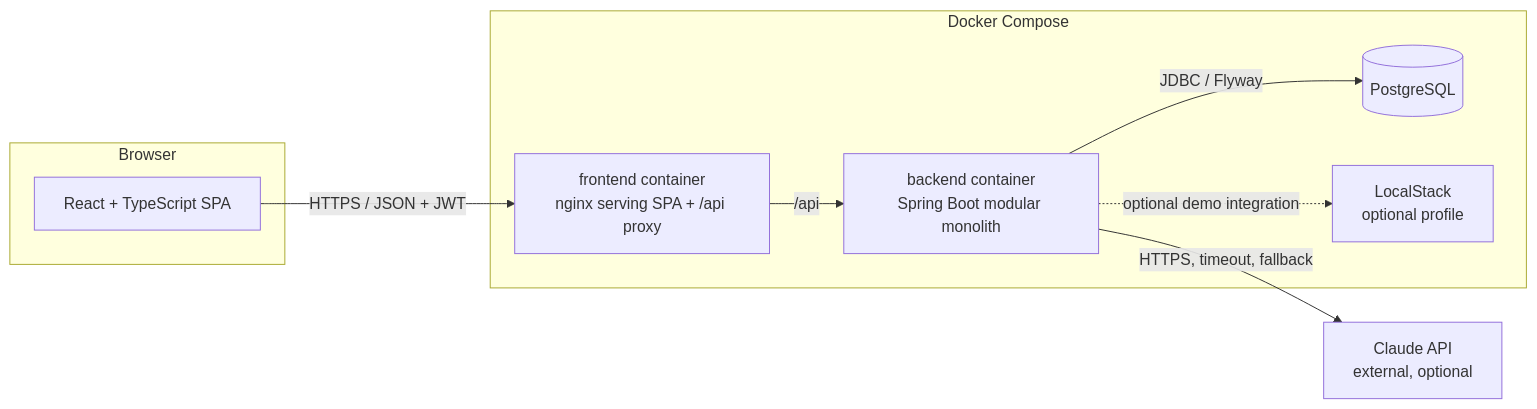
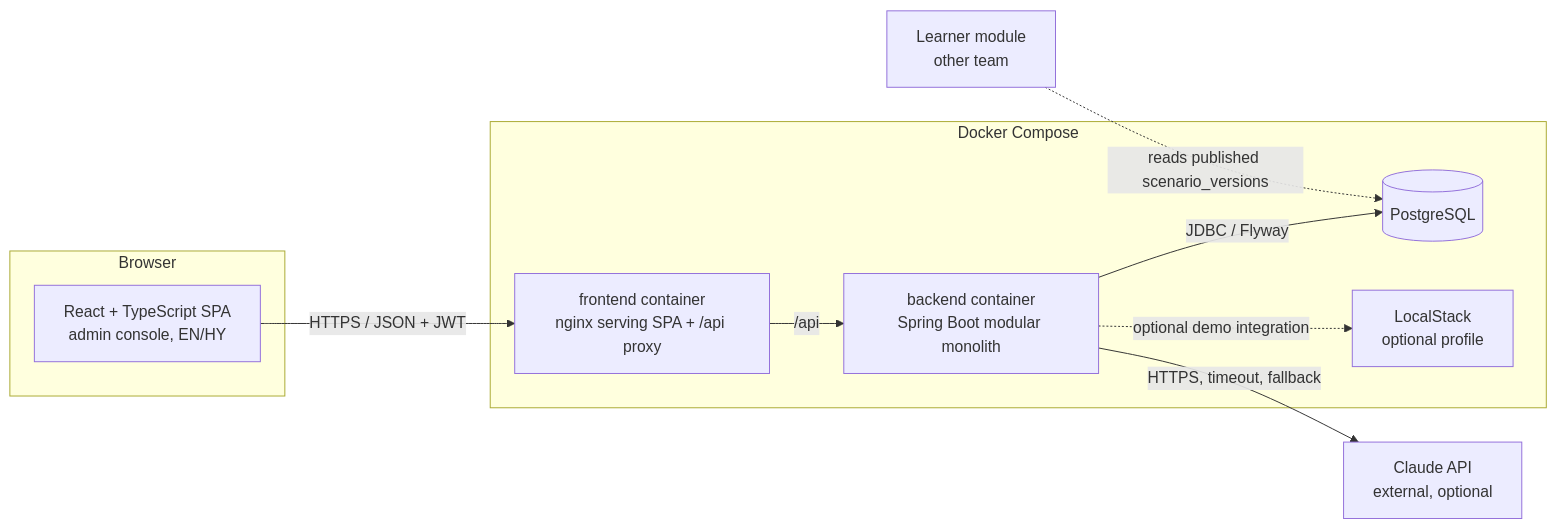
Before and after one commit to baghdasaryanzenfira-spec/cyber-sim: the first of 4 diagrams in docs/en/04-system-architecture.md, drawn with Mermaid. The commit also changed other lines of this file and 37 other files, not shown here.

````diff
--- a/docs/en/04-system-architecture.md
+++ b/docs/en/04-system-architecture.md
@@ -5,19 +8,21 @@
 ```mermaid
 flowchart LR
   subgraph Browser
-    SPA[React + TypeScript SPA]
+    SPA[React + TypeScript SPA<br/>admin console, EN/HY]
   end
   subgraph Docker Compose
     FE[frontend container<br/>nginx serving SPA + /api proxy]
     BE[backend container<br/>Spring Boot modular monolith]
     DB[(PostgreSQL)]
     LS[LocalStack<br/>optional profile]
   end
   AI[Claude API<br/>external, optional]
+  LM[Learner module<br/>other team]
 
   SPA -- HTTPS / JSON + JWT --> FE
   FE -- /api --> BE
   BE -- JDBC / Flyway --> DB
   BE -- HTTPS, timeout, fallback --> AI
   BE -. optional demo integration .-> LS
+  LM -. reads published scenario_versions .-> DB
 ```
````
